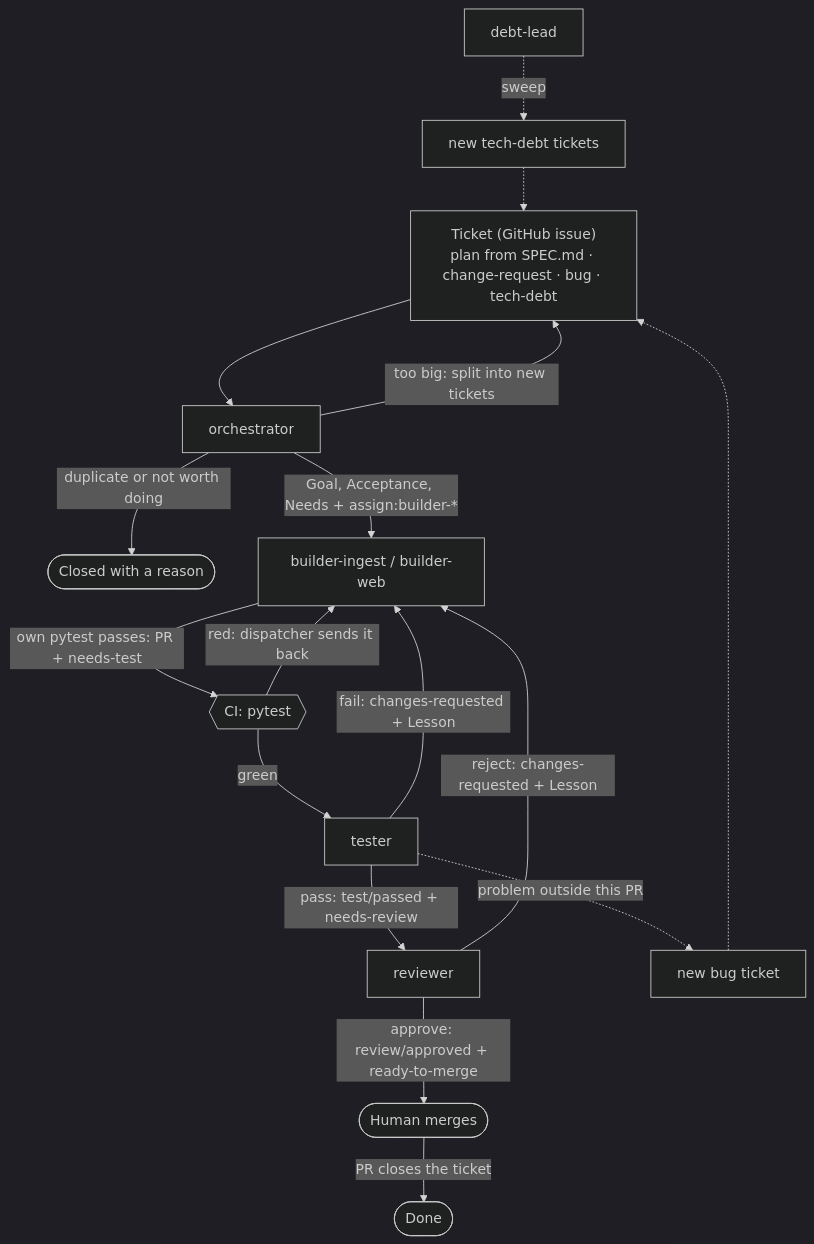
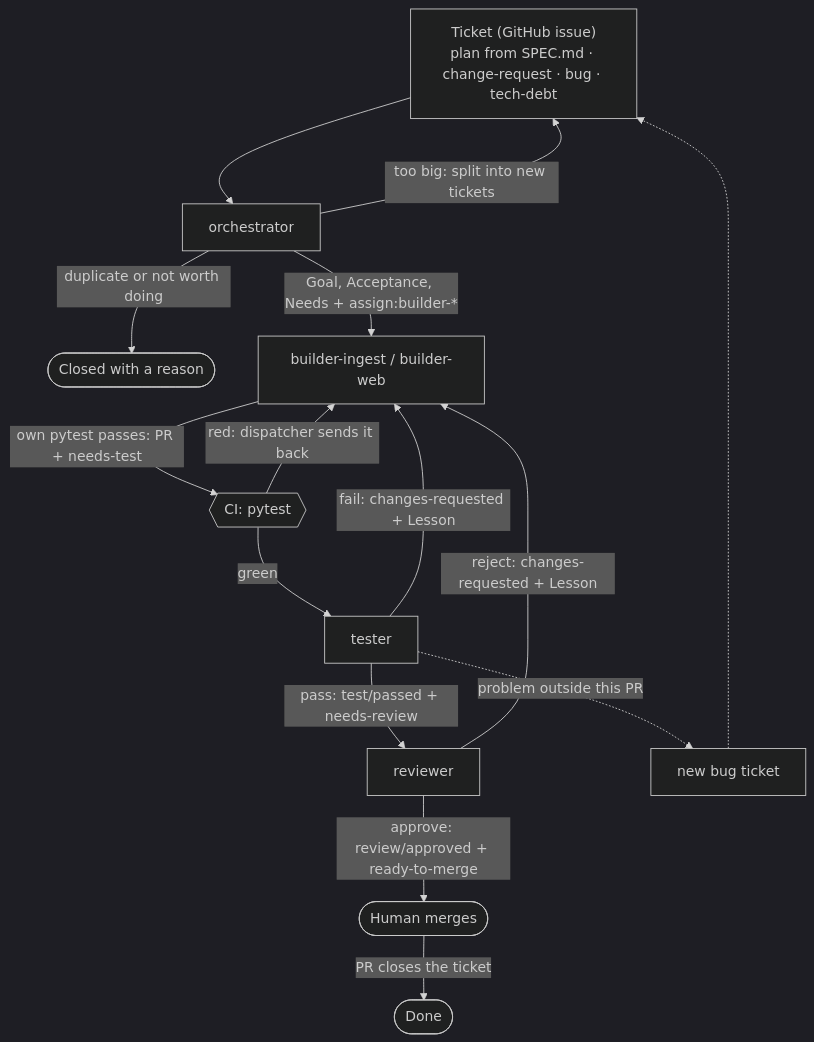
Before and after one commit to nikhil-kunapareddy/daily-briefing: the diagram in agents/WORKFLOW.md, drawn with Mermaid (dark theme). The commit also changed other lines of this file and 8 other files, not shown here.

First line of the commit message:
Drop the debt-lead for now: the team is five agents

````diff
--- a/agents/WORKFLOW.md
+++ b/agents/WORKFLOW.md
@@ -10,19 +10,17 @@
 ```mermaid
 flowchart TD
   I["Ticket (GitHub issue)<br/>plan from SPEC.md · change-request · bug · tech-debt"] --> O[orchestrator]
   O -->|"too big: split into new tickets"| I
   O -->|"duplicate or not worth doing"| X([Closed with a reason])
   O -->|"Goal, Acceptance, Needs + assign:builder-*"| B[builder-ingest / builder-web]
   B -->|"own pytest passes: PR + needs-test"| CI{{"CI: pytest"}}
   CI -->|"red: dispatcher sends it back"| B
   CI -->|green| T[tester]
   T -->|"fail: changes-requested + Lesson"| B
   T -->|"pass: test/passed + needs-review"| R[reviewer]
   R -->|"reject: changes-requested + Lesson"| B
   R -->|"approve: review/approved + ready-to-merge"| H([Human merges])
   H -->|"PR closes the ticket"| D([Done])
   T -.->|"problem outside this PR"| BUG["new bug ticket"]
-  DL[debt-lead] -.->|"sweep"| DEBT["new tech-debt tickets"]
   BUG -.-> I
-  DEBT -.-> I
 ```
````
